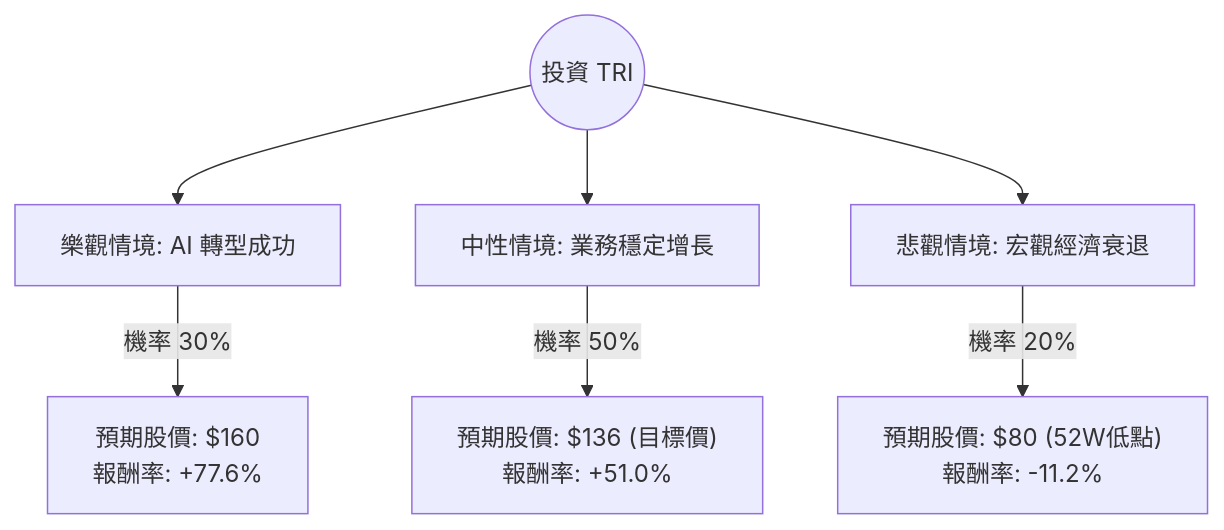
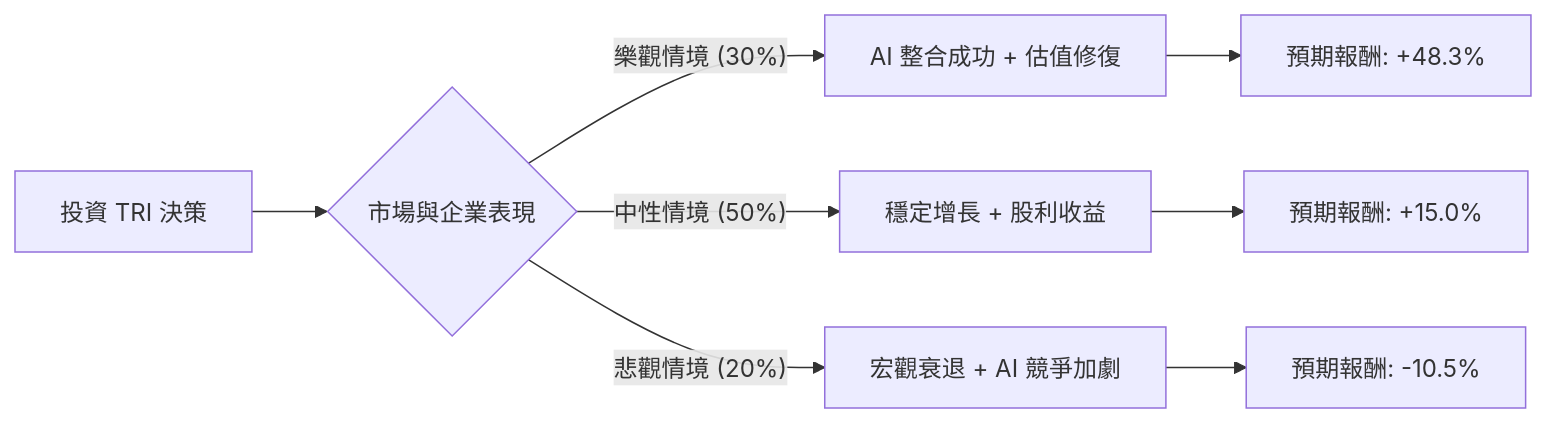
One commit to zmcx16/zmcx16.github.io changed the diagram in plugin-react/ai-analysis/ev-analysis/TRI.md. Above: the diagram before and after it, drawn with Mermaid. The commit also changed other lines of this file and 75 other files, not shown here.

````diff
--- a/plugin-react/ai-analysis/ev-analysis/TRI.md
+++ b/plugin-react/ai-analysis/ev-analysis/TRI.md
@@ -21,10 +18,12 @@
 ```mermaid
-graph TD
-    Start((投資 TRI)) --> Bull[樂觀情境: AI 轉型成功]
-    Start --> Base[中性情境: 業務穩定增長]
-    Start --> Bear[悲觀情境: 宏觀經濟衰退]
+graph LR
+    A[投資 TRI 決策] --> B{市場與企業表現}
+    
+    B -- 樂觀情境 (30%) --> C[AI 整合成功 + 估值修復]
+    B -- 中性情境 (50%) --> D[穩定增長 + 股利收益]
+    B -- 悲觀情境 (20%) --> E[宏觀衰退 + AI 競爭加劇]
 
-    Bull -- "機率 30%" --> Bull_Val["預期股價: $160 <br> 報酬率: +77.6%"]
-    Base -- "機率 50%" --> Base_Val["預期股價: $136 (目標價) <br> 報酬率: +51.0%"]
-    Bear -- "機率 20%" --> Bear_Val["預期股價: $80 (52W低點) <br> 報酬率: -11.2%"]
+    C --> C1[預期報酬: +48.3%]
+    D --> D1[預期報酬: +15.0%]
+    E --> E1[預期報酬: -10.5%]
 ```
````
